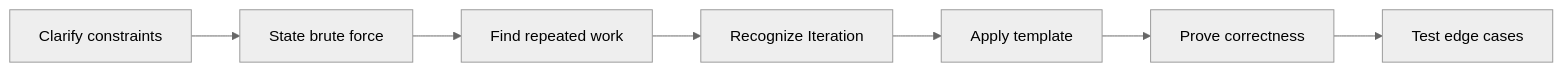
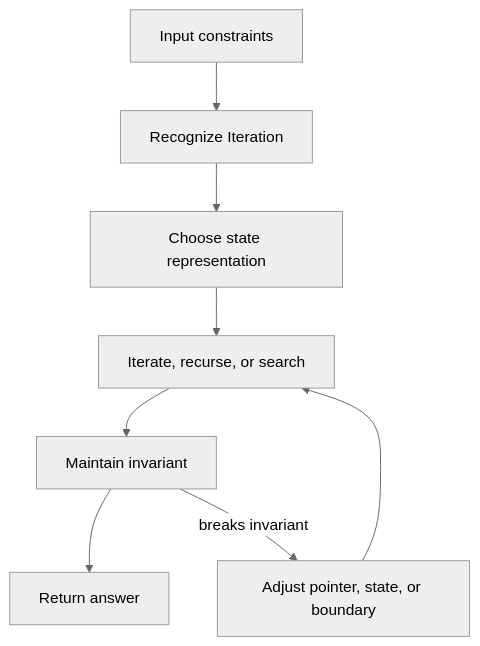
Before and after one commit to abstractinterviews/abstractinterviews.github.io: the second of 2 diagrams in coding-round/foundations/iteration/index.md, drawn with Mermaid (neutral theme). The commit also changed other lines of this file and 278 other files, not shown here.

````diff
--- a/coding-round/foundations/iteration/index.md
+++ b/coding-round/foundations/iteration/index.md
@@ -123,9 +121,10 @@
-~~~mermaid
-flowchart LR
-    A["Clarify constraints"] --> B["State brute force"]
-    B --> C["Find repeated work"]
-    C --> D["Recognize Iteration"]
-    D --> E["Apply template"]
-    E --> F["Prove correctness"]
-    F --> G["Test edge cases"]
-~~~
+```mermaid
+flowchart TD
+    Input["Input constraints"] --> Pattern["Recognize Iteration"]
+    Pattern --> State["Choose state representation"]
+    State --> Iterate["Iterate, recurse, or search"]
+    Iterate --> Check["Maintain invariant"]
+    Check --> Result["Return answer"]
+    Check -->|breaks invariant| Fix["Adjust pointer, state, or boundary"]
+    Fix --> Iterate
+```
````
